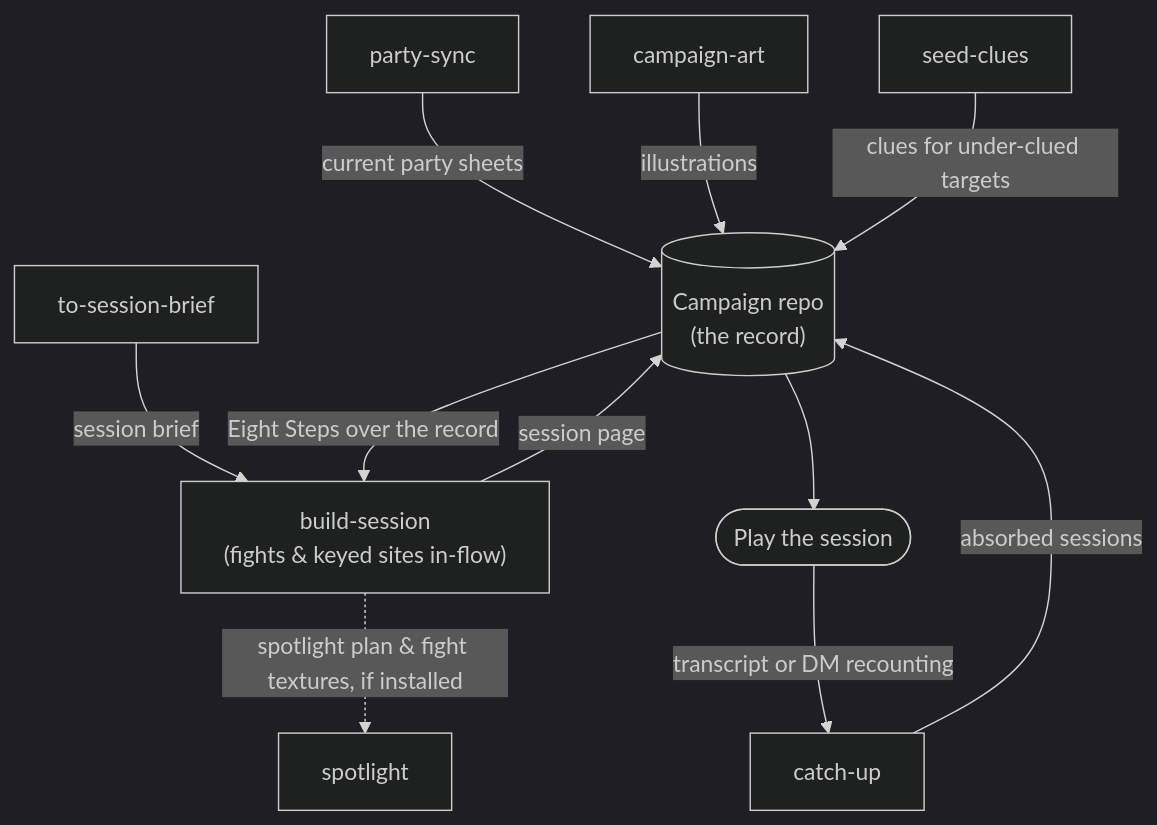
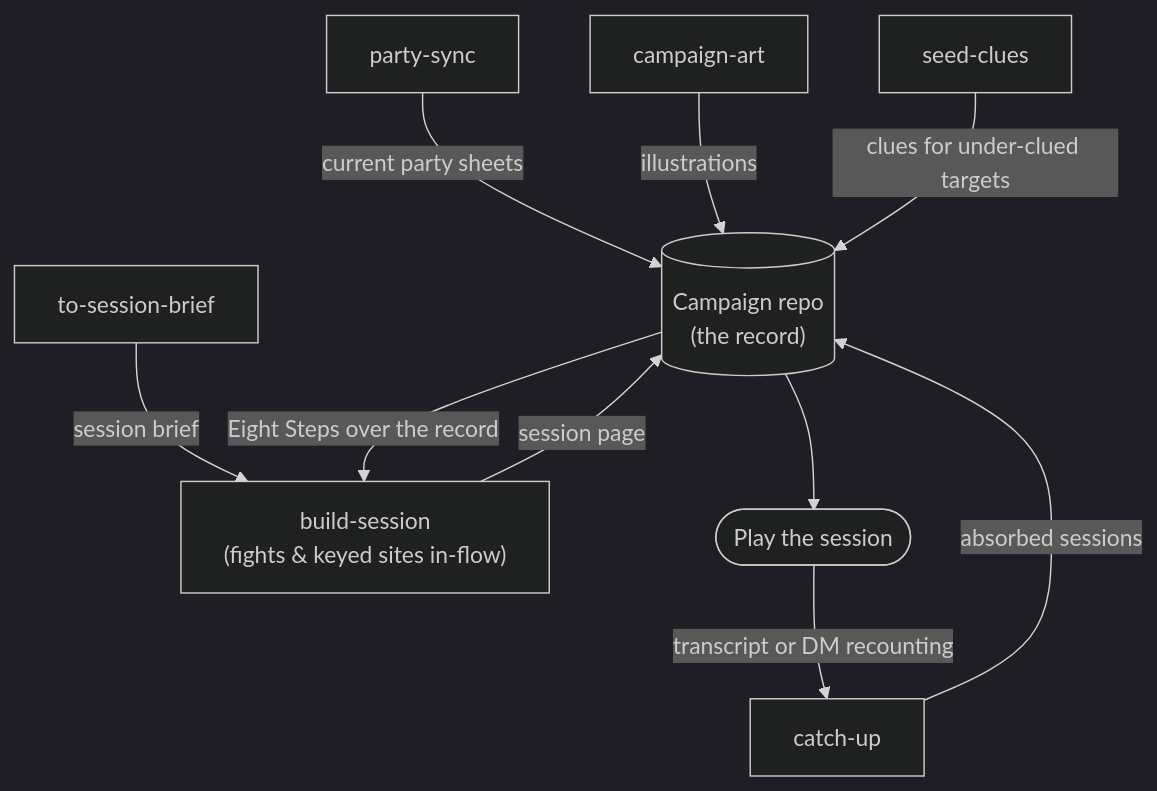
Before and after one commit to bmoo/dm-skills: the diagram in README.md, drawn with Mermaid (dark theme). The commit also changed other lines of this file and 18 other files, not shown here.

First line of the commit message:
Fold spotlight into build-session (#17)

````diff
--- a/README.md
+++ b/README.md
@@ -81,17 +80,15 @@
 ```mermaid
 flowchart TD
     repo[("Campaign repo<br/>(the record)")]
 
     brief["to-session-brief"] -- "session brief" --> build["build-session<br/>(fights & keyed sites in-flow)"]
     repo -- "Eight Steps over the record" --> build
     build -- "session page" --> repo
     repo --> play(["Play the session"])
     play -- "transcript or DM recounting" --> catchup["catch-up"]
     catchup -- "absorbed sessions" --> repo
 
     partysync["party-sync"] -- "current party sheets" --> repo
     art["campaign-art"] -- "illustrations" --> repo
     seed["seed-clues"] -- "clues for under-clued targets" --> repo
-
-    build -. "spotlight plan & fight textures, if installed" .-> spot["spotlight"]
 ```
````
